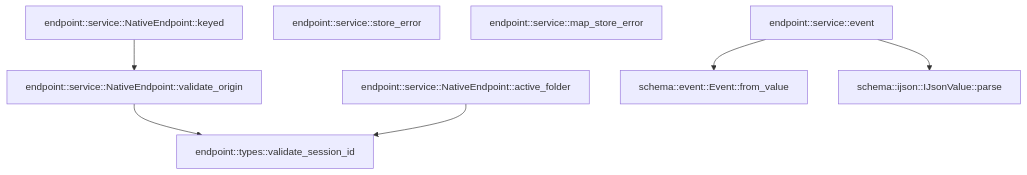
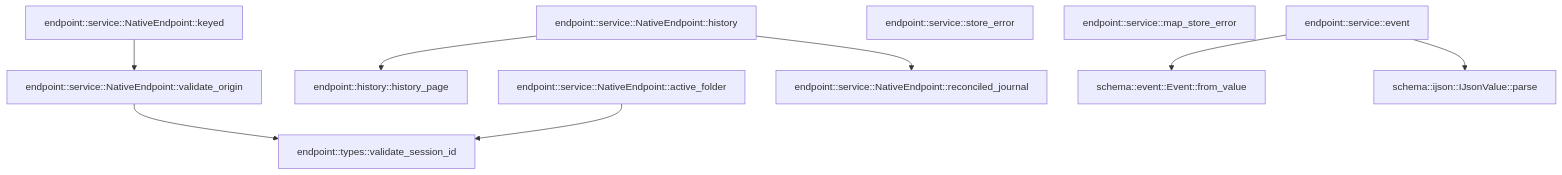
Before and after one commit to TekesApps/TekesKernel: the third of 3 diagrams in crates/endpoint/docs/generated/src--service.md, drawn with Mermaid. The commit also changed other lines of this file and 69 other files, not shown here.

````diff
--- a/crates/endpoint/docs/generated/src--service.md
+++ b/crates/endpoint/docs/generated/src--service.md
@@ -263,17 +265,22 @@
 ```mermaid
 flowchart TD
-  n0["endpoint::service::NativeEndpoint::validate_origin"]
-  n1["endpoint::service::NativeEndpoint::active_folder"]
-  n2["endpoint::service::event"]
-  n3["endpoint::service::store_error"]
-  n4["endpoint::service::map_store_error"]
-  n5["endpoint::service::NativeEndpoint::keyed"]
-  n6["endpoint::types::validate_session_id"]
-  n7["schema::event::Event::from_value"]
-  n8["schema::ijson::IJsonValue::parse"]
-  n0 --> n6
-  n1 --> n6
-  n2 --> n7
-  n2 --> n8
-  n5 --> n0
+  n0["endpoint::history::history_page"]
+  n1["endpoint::service::NativeEndpoint::keyed"]
+  n2["endpoint::service::NativeEndpoint::validate_origin"]
+  n3["endpoint::service::NativeEndpoint::active_folder"]
+  n4["endpoint::service::event"]
+  n5["endpoint::service::store_error"]
+  n6["endpoint::service::map_store_error"]
+  n7["endpoint::service::NativeEndpoint::reconciled_journal"]
+  n8["endpoint::service::NativeEndpoint::history"]
+  n9["endpoint::types::validate_session_id"]
+  n10["schema::event::Event::from_value"]
+  n11["schema::ijson::IJsonValue::parse"]
+  n1 --> n2
+  n2 --> n9
+  n3 --> n9
+  n4 --> n10
+  n4 --> n11
+  n8 --> n0
+  n8 --> n7
 ```
````
